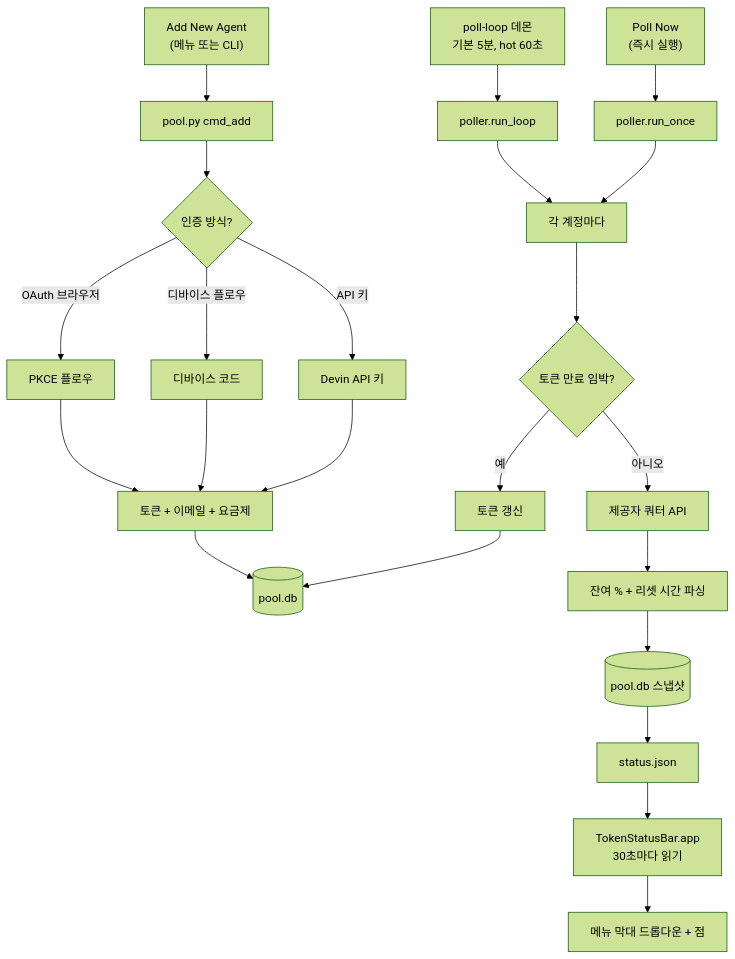
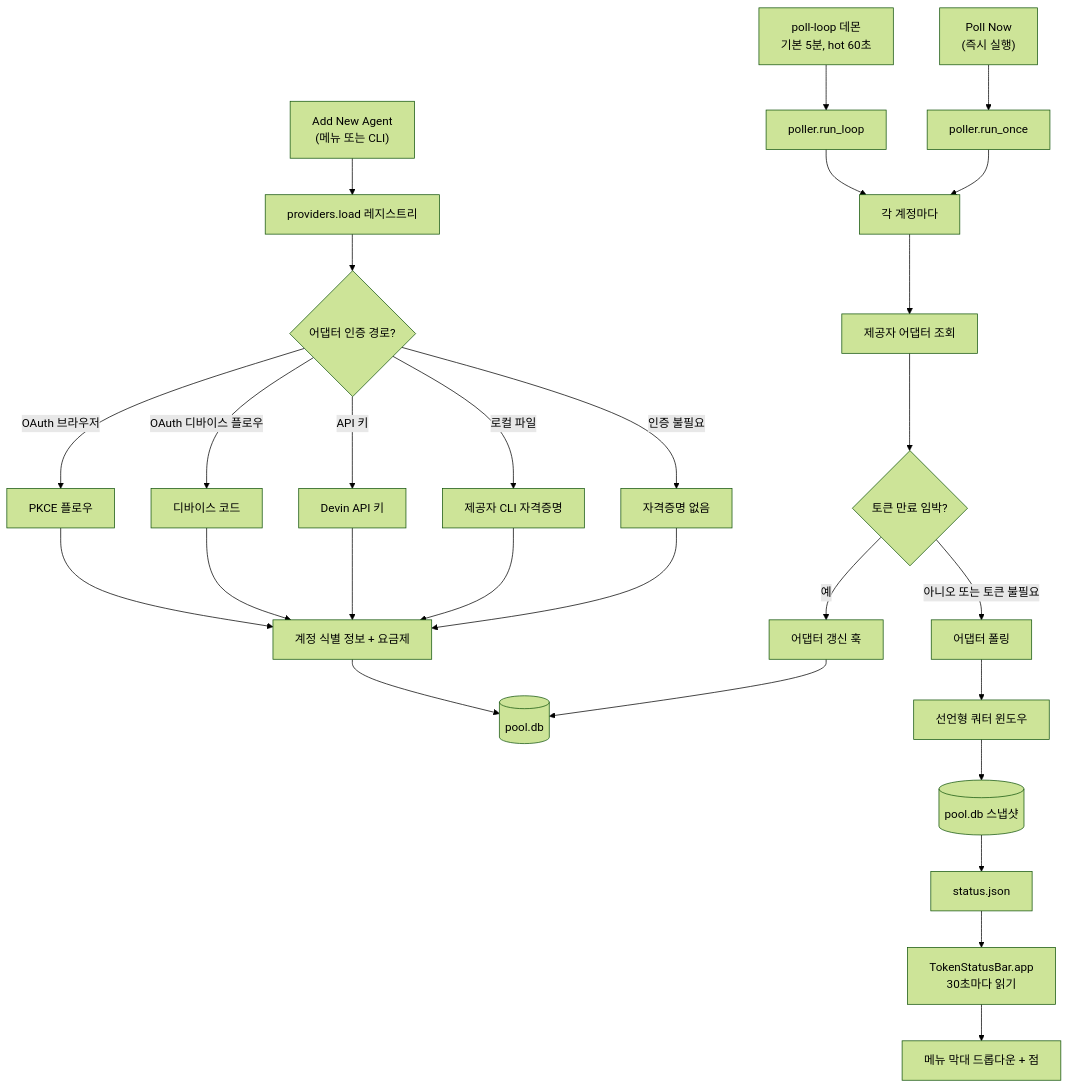
One commit to adld-ai/tokenalytics changed the first of 3 diagrams in README.ko.md. Above: the diagram before and after it, drawn with Mermaid (forest theme). The commit also changed other lines of this file and 3 other files, not shown here.

````diff
--- a/README.ko.md
+++ b/README.ko.md
@@ -102,26 +105,31 @@
 ```mermaid
 flowchart TD
-    A["Add New Agent<br/>(메뉴 또는 CLI)"] --> B[pool.py cmd_add]
-    B --> C{인증 방식?}
+    A["Add New Agent<br/>(메뉴 또는 CLI)"] --> B[providers.load 레지스트리]
+    B --> C{어댑터 인증 경로?}
     C -->|OAuth 브라우저| D[PKCE 플로우]
-    C -->|디바이스 플로우| E[디바이스 코드]
+    C -->|OAuth 디바이스 플로우| E[디바이스 코드]
     C -->|API 키| F[Devin API 키]
-    D --> G[토큰 + 이메일 + 요금제]
+    C -->|로컬 파일| V[제공자 CLI 자격증명]
+    C -->|인증 불필요| X[자격증명 없음]
+    D --> G[계정 식별 정보 + 요금제]
     E --> G
     F --> G
+    V --> G
+    X --> G
     G --> H[(pool.db)]
 
     I[poll-loop 데몬<br/>기본 5분, hot 60초] --> J[poller.run_loop]
     K["Poll Now<br/>(즉시 실행)"] --> L[poller.run_once]
     J --> M[각 계정마다]
     L --> M
-    M --> N{토큰 만료 임박?}
-    N -->|예| O[토큰 갱신]
-    O --> H
-    N -->|아니오| P[제공자 쿼터 API]
-    P --> Q[잔여 % + 리셋 시간 파싱]
-    Q --> R[(pool.db 스냅샷)]
-    R --> S[status.json]
-    S --> T["TokenStatusBar.app<br/>30초마다 읽기"]
-    T --> U[메뉴 막대 드롭다운 + 점]
+    M --> N[제공자 어댑터 조회]
+    N --> O{토큰 만료 임박?}
+    O -->|예| P[어댑터 갱신 훅]
+    P --> H
+    O -->|아니오 또는 토큰 불필요| Q[어댑터 폴링]
+    Q --> R[선언형 쿼터 윈도우]
+    R --> S[(pool.db 스냅샷)]
+    S --> T[status.json]
+    T --> U["TokenStatusBar.app<br/>30초마다 읽기"]
+    U --> W[메뉴 막대 드롭다운 + 점]
 ```
````
